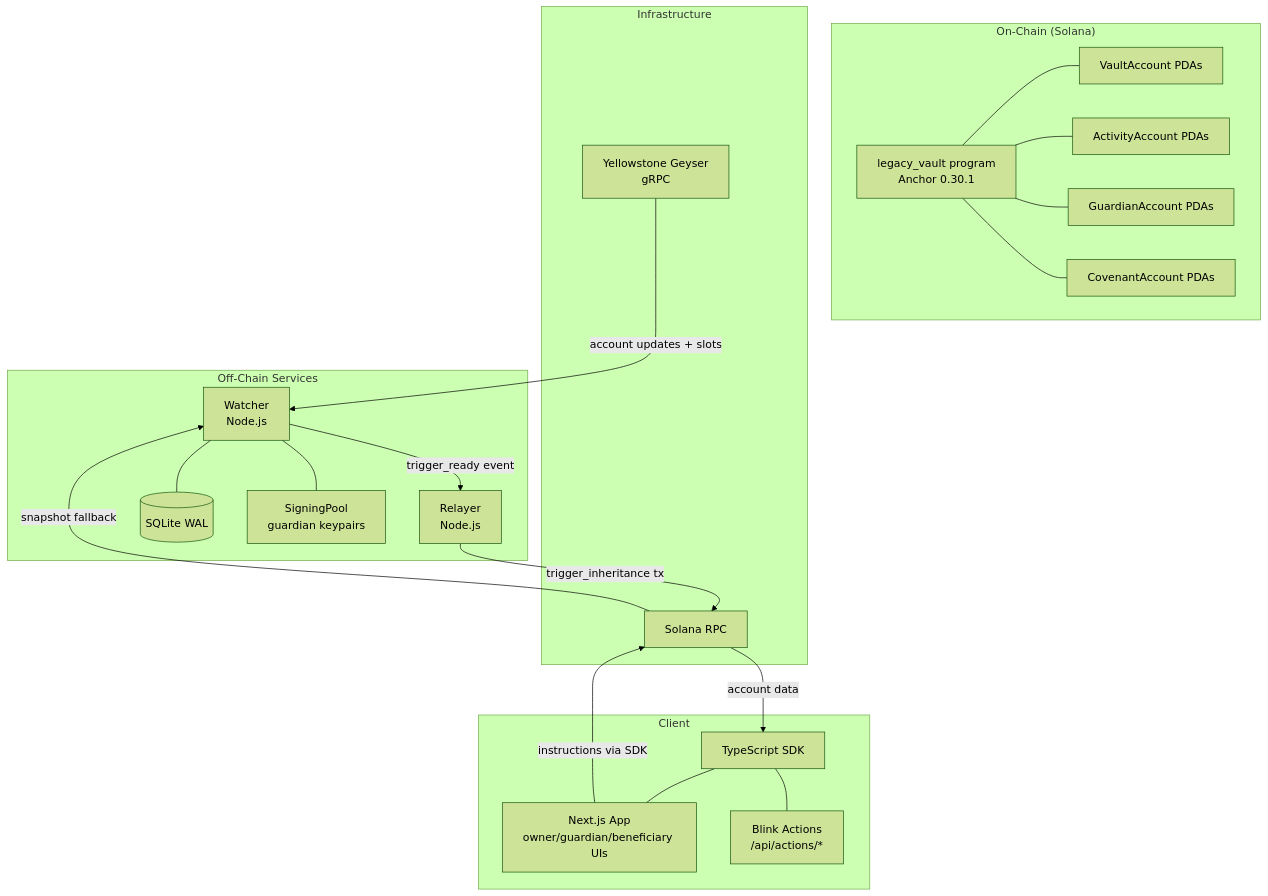
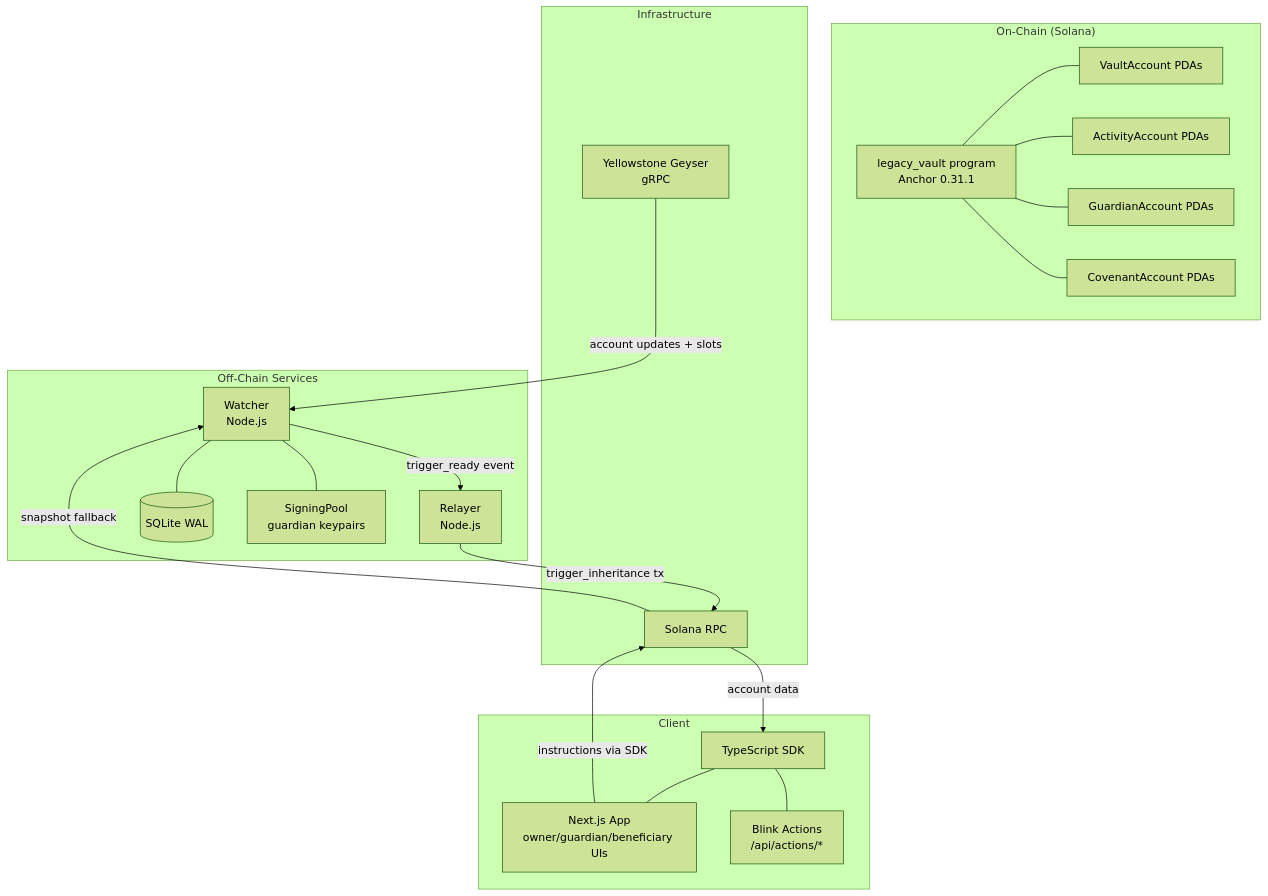
Before and after one commit to myreltheviii-lgtm/legacy-protocol: the first of 2 diagrams in docs/ARCHITECTURE.md, drawn with Mermaid (forest theme). The commit also changed 7 other files, not shown here.

````diff
--- a/docs/ARCHITECTURE.md
+++ b/docs/ARCHITECTURE.md
@@ -5,43 +5,43 @@
 ```mermaid
 graph TB
     subgraph "On-Chain (Solana)"
-        P[legacy_vault program<br/>Anchor 0.30.1]
+        P[legacy_vault program<br/>Anchor 0.31.1]
         VA[VaultAccount PDAs]
         AA[ActivityAccount PDAs]
         GA[GuardianAccount PDAs]
         CA[CovenantAccount PDAs]
         P --- VA
         P --- AA
         P --- GA
         P --- CA
     end
 
     subgraph "Off-Chain Services"
         W[Watcher<br/>Node.js]
         R[Relayer<br/>Node.js]
         DB[(SQLite WAL)]
         SP[SigningPool<br/>guardian keypairs]
         W --- DB
         W --- SP
     end
 
     subgraph "Client"
         SDK[TypeScript SDK]
         APP[Next.js App<br/>owner/guardian/beneficiary UIs]
         BLINK[Blink Actions<br/>/api/actions/*]
         SDK --- APP
         SDK --- BLINK
     end
 
     subgraph "Infrastructure"
         GG[Yellowstone Geyser<br/>gRPC]
         RPC[Solana RPC]
     end
 
     GG -->|account updates + slots| W
     RPC -->|snapshot fallback| W
     W -->|trigger_ready event| R
     R -->|trigger_inheritance tx| RPC
     APP -->|instructions via SDK| RPC
     RPC -->|account data| SDK
 ```
````
